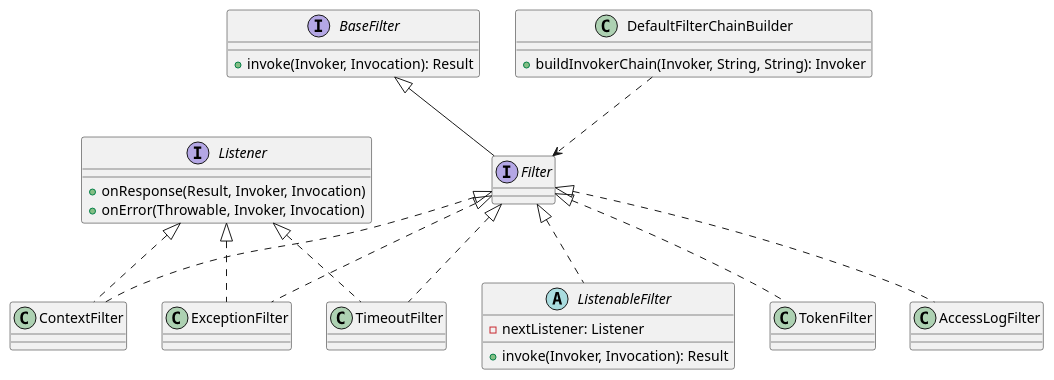
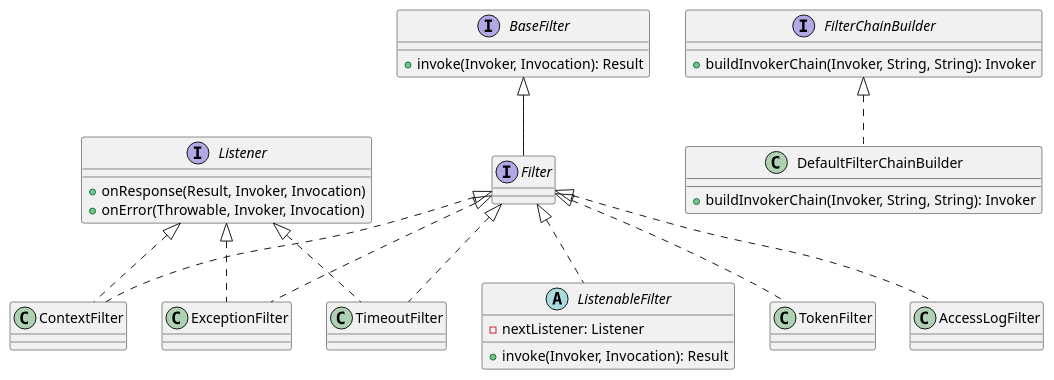
One commit to kevinwang930/kevinwang930.github.io changed diagram 15 of 16 in content/post/network/dubbo/index.md. Above: the diagram before and after it, drawn with PlantUML. The commit also changed other lines of this file, not shown here.

````diff
--- a/content/post/network/dubbo/index.md
+++ b/content/post/network/dubbo/index.md
@@ -1562,30 +1815,31 @@
 ```plantuml
 @startuml
 top to bottom direction
 
 interface BaseFilter {
   + invoke(Invoker, Invocation): Result
 }
 interface Filter extends BaseFilter
 interface Listener {
   + onResponse(Result, Invoker, Invocation)
   + onError(Throwable, Invoker, Invocation)
 }
 
 abstract class ListenableFilter implements Filter {
   - nextListener: Listener
   + invoke(Invoker, Invocation): Result
 }
 class ContextFilter implements Filter, Listener
 class ExceptionFilter implements Filter, Listener
 class TimeoutFilter implements Filter, Listener
 class TokenFilter implements Filter
 class AccessLogFilter implements Filter
 
-class DefaultFilterChainBuilder {
+interface FilterChainBuilder {
   + buildInvokerChain(Invoker, String, String): Invoker
 }
-
-DefaultFilterChainBuilder ..> Filter
+class DefaultFilterChainBuilder implements FilterChainBuilder {
+  + buildInvokerChain(Invoker, String, String): Invoker
+}
 @enduml
 ```
````
